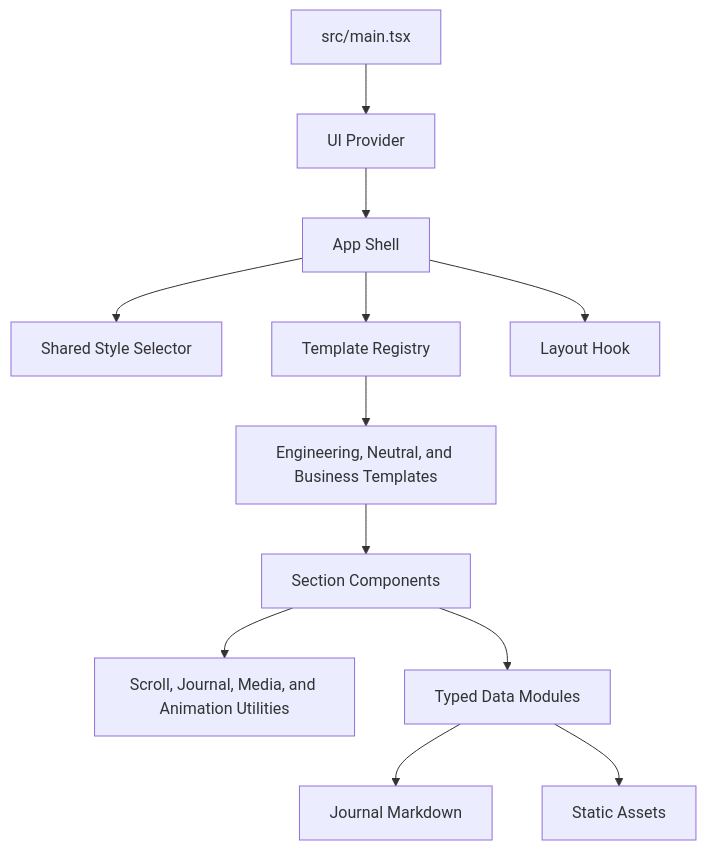
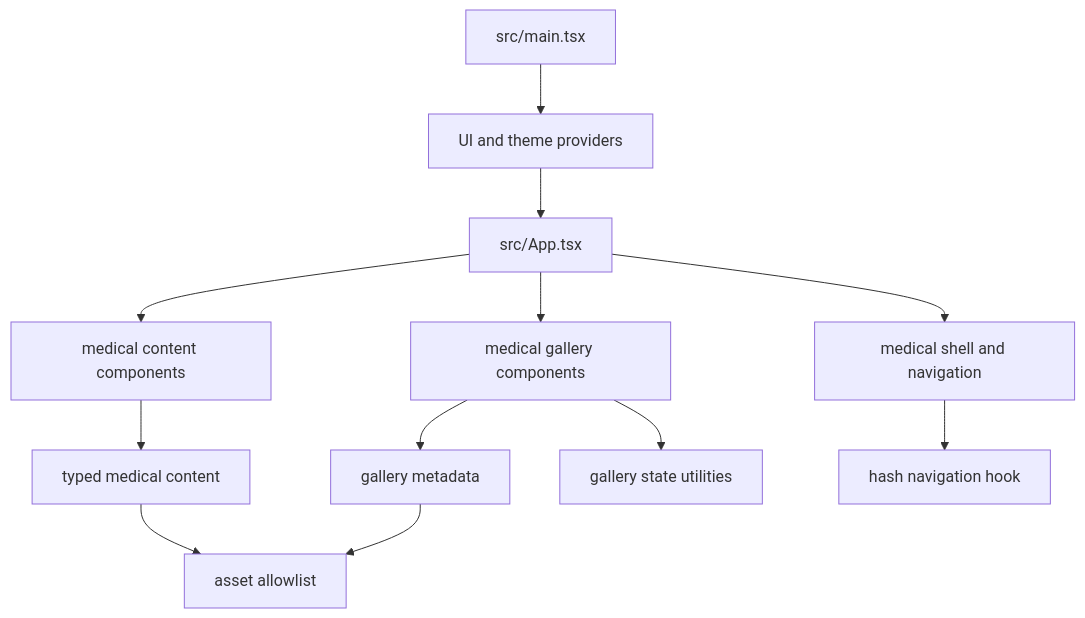
One commit to StratusNebulosus/StratusNebulosus.github.io changed the diagram in aidlc-docs/inception/reverse-engineering/code-structure.md. Above: the diagram before and after it, drawn with Mermaid. The commit also changed other lines of this file and 299 other files, not shown here.

````diff
--- a/aidlc-docs/inception/reverse-engineering/code-structure.md
+++ b/aidlc-docs/inception/reverse-engineering/code-structure.md
@@ -15,27 +12,14 @@
 ```mermaid
 flowchart TD
-    Main["src/main.tsx"]
-    Provider["UI Provider"]
-    App["App Shell"]
-    Selector["Shared Style Selector"]
-    Registry["Template Registry"]
-    Templates["Engineering, Neutral, and Business Templates"]
-    Sections["Section Components"]
-    Hooks["Layout Hook"]
-    Utils["Scroll, Journal, Media, and Animation Utilities"]
-    Data["Typed Data Modules"]
-    Content["Journal Markdown"]
-    Assets["Static Assets"]
-
-    Main --> Provider
-    Provider --> App
-    App --> Selector
-    App --> Registry
-    App --> Hooks
-    Registry --> Templates
-    Templates --> Sections
-    Sections --> Data
-    Sections --> Utils
-    Data --> Content
-    Data --> Assets
+    Main["src/main.tsx"] --> Provider["UI and theme providers"]
+    Provider --> App["src/App.tsx"]
+    App --> Shell["medical shell and navigation"]
+    App --> ContentComponents["medical content components"]
+    App --> GalleryComponents["medical gallery components"]
+    ContentComponents --> ContentData["typed medical content"]
+    GalleryComponents --> GalleryData["gallery metadata"]
+    GalleryComponents --> GalleryLogic["gallery state utilities"]
+    ContentData --> AssetPolicy["asset allowlist"]
+    GalleryData --> AssetPolicy
+    Shell --> LayoutHook["hash navigation hook"]
 ```
````
